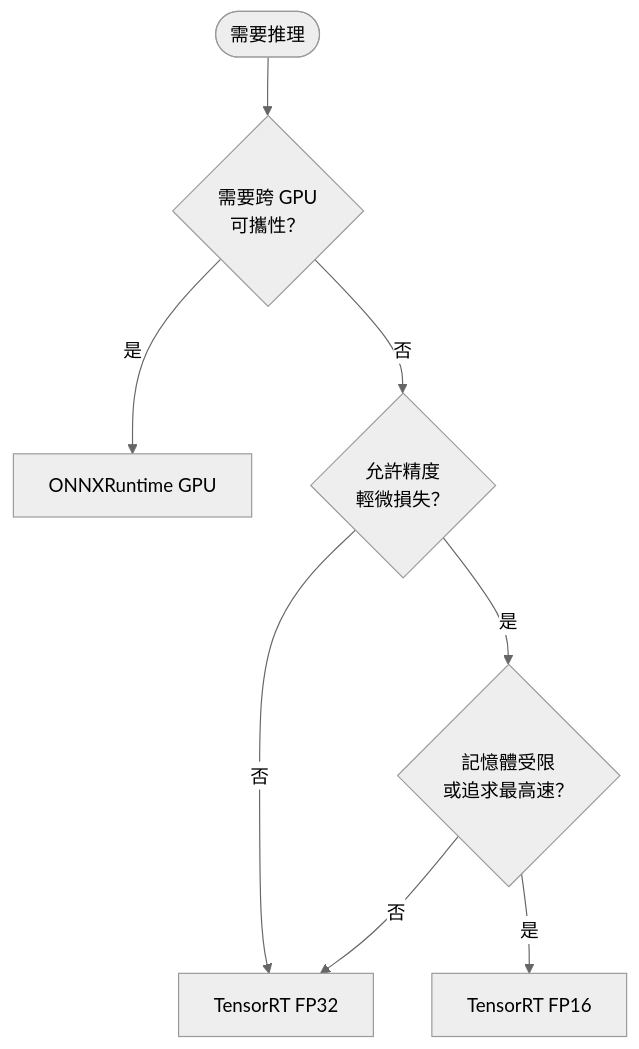
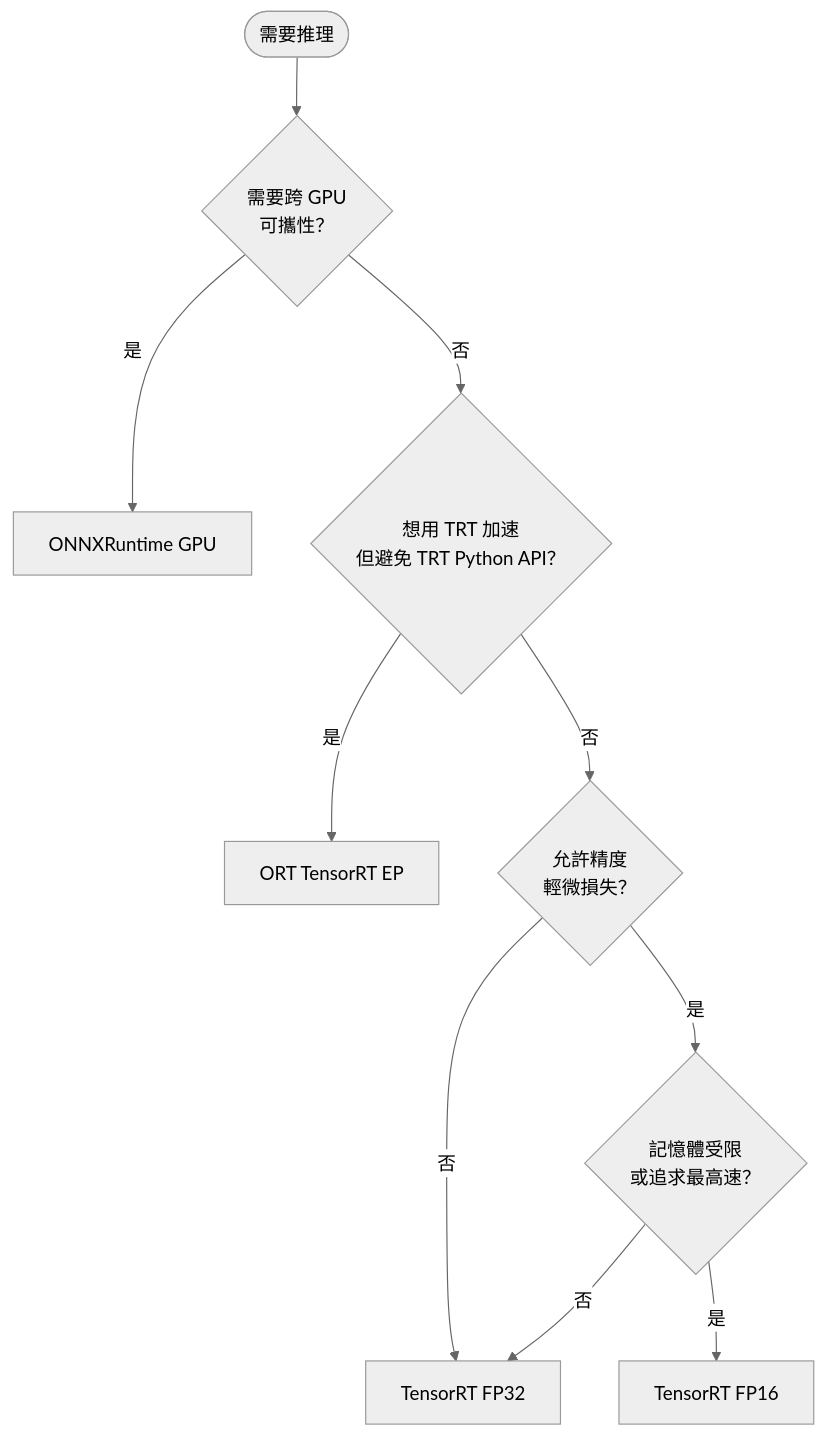
The second of 2 diagrams in book/src/concepts/inference-engines.md (wizardhsiehcom/tensorrt), drawn with Mermaid (neutral theme) before and after one commit. The commit also changed other lines of this file and 8 other files, not shown here.

````diff
--- a/book/src/concepts/inference-engines.md
+++ b/book/src/concepts/inference-engines.md
@@ -17,10 +53,12 @@
 ```mermaid
 flowchart TD
-    Start([需要推理]) --> Q1{需要跨 GPU<br/>可攜性？}
-    Q1 -->|是| ORT[ONNXRuntime GPU]
-    Q1 -->|否| Q2{允許精度<br/>輕微損失？}
-    Q2 -->|否| TF32[TensorRT FP32]
-    Q2 -->|是| Q3{記憶體受限<br/>或追求最高速？}
-    Q3 -->|是| TF16[TensorRT FP16]
-    Q3 -->|否| TF32
+    Start(["需要推理"]) --> Q1{"需要跨 GPU<br/>可攜性？"}
+    Q1 -->|是| ORT["ONNXRuntime GPU"]
+    Q1 -->|否| Q2{"想用 TRT 加速<br/>但避免 TRT Python API？"}
+    Q2 -->|是| ORTTRT["ORT TensorRT EP"]
+    Q2 -->|否| Q3{"允許精度<br/>輕微損失？"}
+    Q3 -->|否| TF32["TensorRT FP32"]
+    Q3 -->|是| Q4{"記憶體受限<br/>或追求最高速？"}
+    Q4 -->|是| TF16["TensorRT FP16"]
+    Q4 -->|否| TF32
 ```
````
